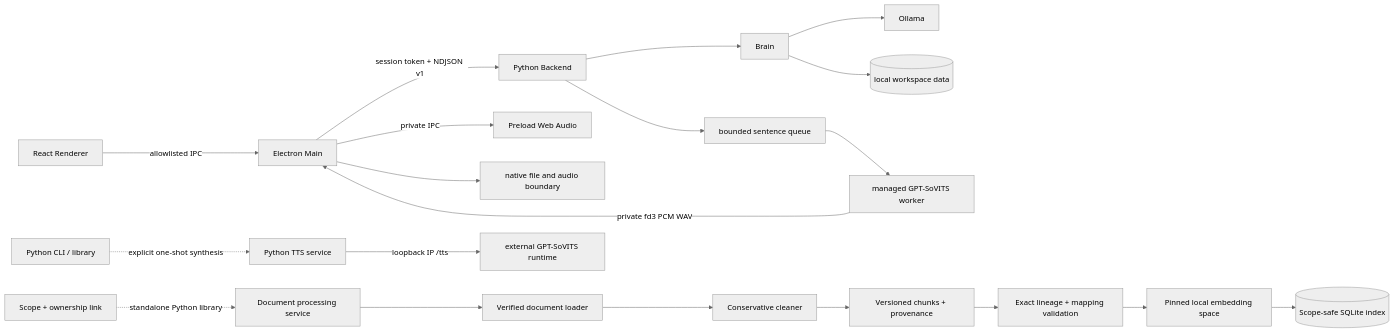
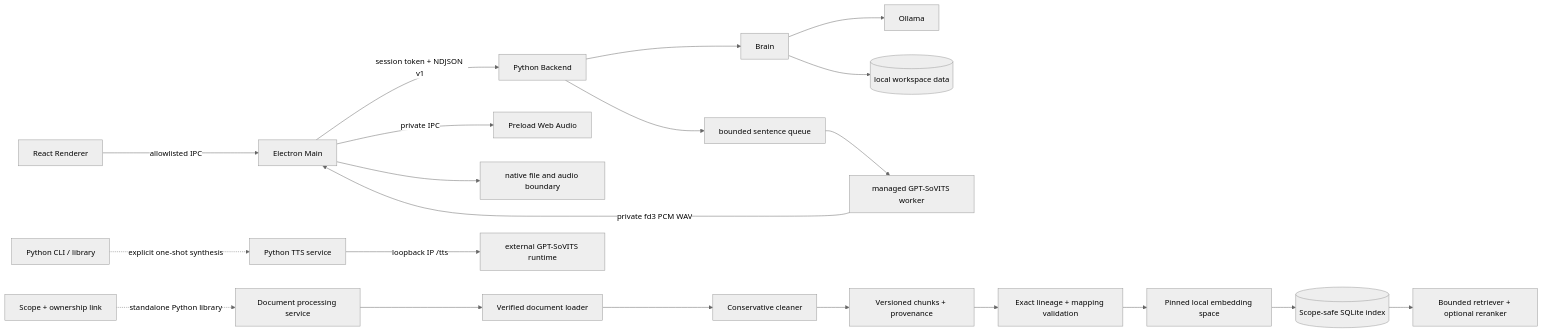
Before and after one commit to ActorF/Elysia_AI: the diagram in README.en.md, drawn with Mermaid (neutral theme). The commit also changed other lines of this file and 15 other files, not shown here.

````diff
--- a/README.en.md
+++ b/README.en.md
@@ -70,22 +70,23 @@
 ```mermaid
 flowchart LR
     R[React Renderer] -->|allowlisted IPC| E[Electron Main]
     E -->|session token + NDJSON v1| P[Python Backend]
     P --> B[Brain]
     B --> O[Ollama]
     B --> D[(local workspace data)]
     P --> Q[bounded sentence queue]
     Q --> M[managed GPT-SoVITS worker]
     M -->|private fd3 PCM WAV| E
     E -->|private IPC| W[Preload Web Audio]
     C[Python CLI / library] -. explicit one-shot synthesis .-> T[Python TTS service]
     T -->|loopback IP /tts| G[external GPT-SoVITS runtime]
     E --> H[native file and audio boundary]
     A[Scope + ownership link] -. standalone Python library .-> S[Document processing service]
     S --> L[Verified document loader]
     L --> N[Conservative cleaner]
     N --> K[Versioned chunks + provenance]
     K --> V[Exact lineage + mapping validation]
     V --> X[Pinned local embedding space]
     X --> Z[(Scope-safe SQLite index)]
+    Z --> Y[Bounded retriever + optional reranker]
 ```
````
